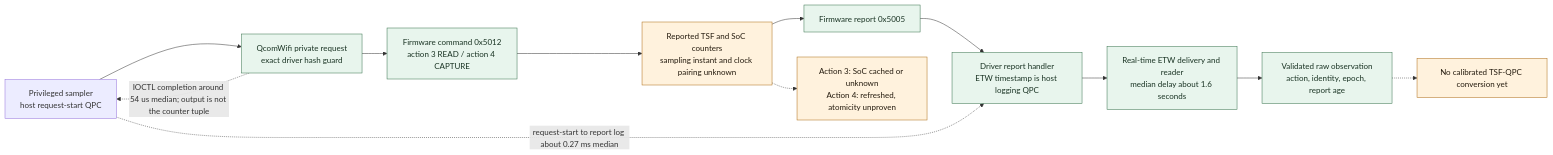
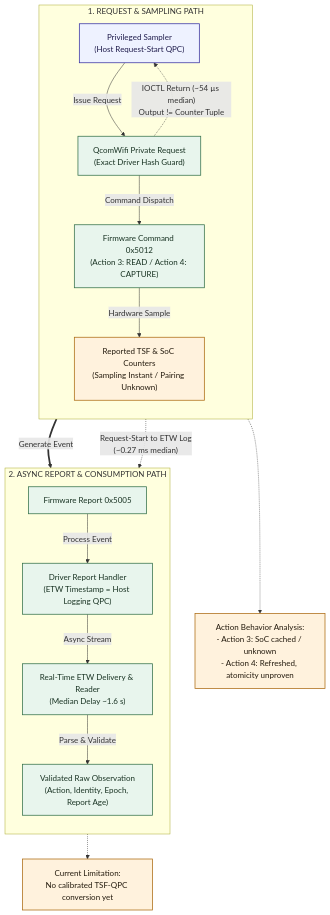
One commit to Protonmatter/wifi-hardware-time changed the diagram in docs/diagrams/qualcomm-timestamp-path.mmd. Above: the diagram before and after it, drawn with Mermaid.

Commit message:
Refactor timestamp path diagram for clarity

```diff
--- a/docs/diagrams/qualcomm-timestamp-path.mmd
+++ b/docs/diagrams/qualcomm-timestamp-path.mmd
@@ -1,16 +1,47 @@
-flowchart LR
-  A["Privileged sampler<br/>host request-start QPC"] --> B["QcomWifi private request<br/>exact driver hash guard"]
-  B --> C["Firmware command 0x5012<br/>action 3 READ / action 4 CAPTURE"]
-  C --> D["Reported TSF and SoC counters<br/>sampling instant and clock pairing unknown"]
-  D --> E["Firmware report 0x5005"]
-  E --> F["Driver report handler<br/>ETW timestamp is host logging QPC"]
-  F --> G["Real-time ETW delivery and reader<br/>median delay about 1.6 seconds"]
-  G --> H["Validated raw observation<br/>action, identity, epoch, report age"]
-  B -. "IOCTL completion around 54 us median; output is not the counter tuple" .-> A
-  A -. "request-start to report log about 0.27 ms median" .-> F
-  D -.-> U["Action 3: SoC cached or unknown<br/>Action 4: refreshed, atomicity unproven"]
-  H -.-> X["No calibrated TSF-QPC conversion yet"]
-  classDef gap fill:#fff2dd,stroke:#ac6b12,color:#241b0e;
-  classDef seen fill:#e8f5ed,stroke:#34704a,color:#193323;
+flowchart TB
+  %% --- REQUEST / FIRMWARE PATH ---
+  subgraph REQ["1. REQUEST & SAMPLING PATH"]
+    direction TB
+    A["Privileged Sampler<br/>(Host Request-Start QPC)"]
+    B["QcomWifi Private Request<br/>(Exact Driver Hash Guard)"]
+    C["Firmware Command 0x5012<br/>(Action 3: READ / Action 4: CAPTURE)"]
+    D["Reported TSF & SoC Counters<br/>(Sampling Instant / Pairing Unknown)"]
+
+    A -->|"Issue Request"| B
+    B -->|"Command Dispatch"| C
+    C -->|"Hardware Sample"| D
+    B -.->|"IOCTL Return (~54 µs median)<br/>Output != Counter Tuple"| A
+  end
+
+  %% --- REPORTING / LOGGING PATH ---
+  subgraph REP["2. ASYNC REPORT & CONSUMPTION PATH"]
+    direction TB
+    E["Firmware Report 0x5005"]
+    F["Driver Report Handler<br/>(ETW Timestamp = Host Logging QPC)"]
+    G["Real-Time ETW Delivery & Reader<br/>(Median Delay ~1.6 s)"]
+    H["Validated Raw Observation<br/>(Action, Identity, Epoch, Report Age)"]
+
+    E -->|"Process Event"| F
+    F -->|"Async Stream"| G
+    G -->|"Parse & Validate"| H
+  end
+
+  %% --- CROSS-STAGE CONNECTION & TIMING ---
+  D ==>|"Generate Event"| E
+  A -.->|"Request-Start to ETW Log<br/>(~0.27 ms median)"| F
+
+  %% --- ANALYSIS & GAPS ---
+  U["Action Behavior Analysis:<br/>- Action 3: SoC cached / unknown<br/>- Action 4: Refreshed, atomicity unproven"]
+  X["Current Limitation:<br/>No calibrated TSF-QPC conversion yet"]
+
+  D -.-> U
+  H -.-> X
+
+  %% --- STYLING ---
+  classDef gap fill:#fff2dd,stroke:#ac6b12,stroke-width:1.5px,color:#241b0e;
+  classDef seen fill:#e8f5ed,stroke:#34704a,stroke-width:1.5px,color:#193323;
+  classDef init fill:#eef2ff,stroke:#3730a3,stroke-width:1.5px,color:#1e1b4b;
+
   class D,U,X gap;
   class B,C,E,F,G,H seen;
+  class A init;
```
